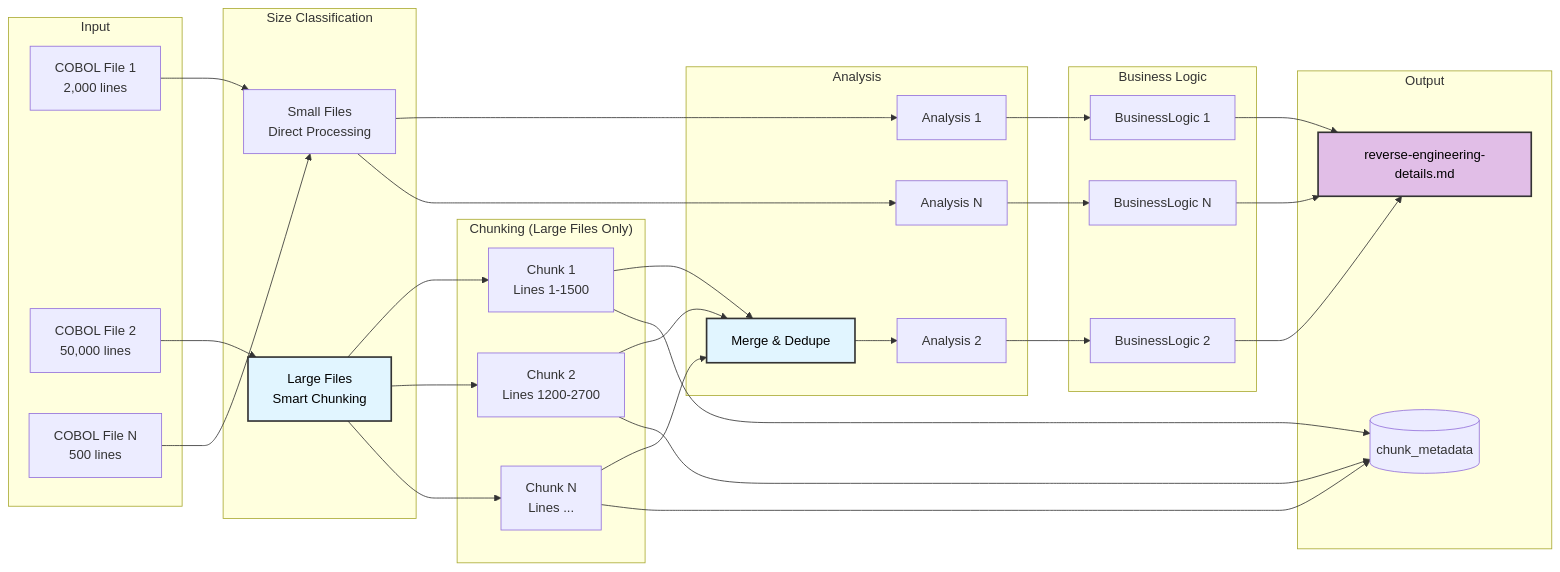
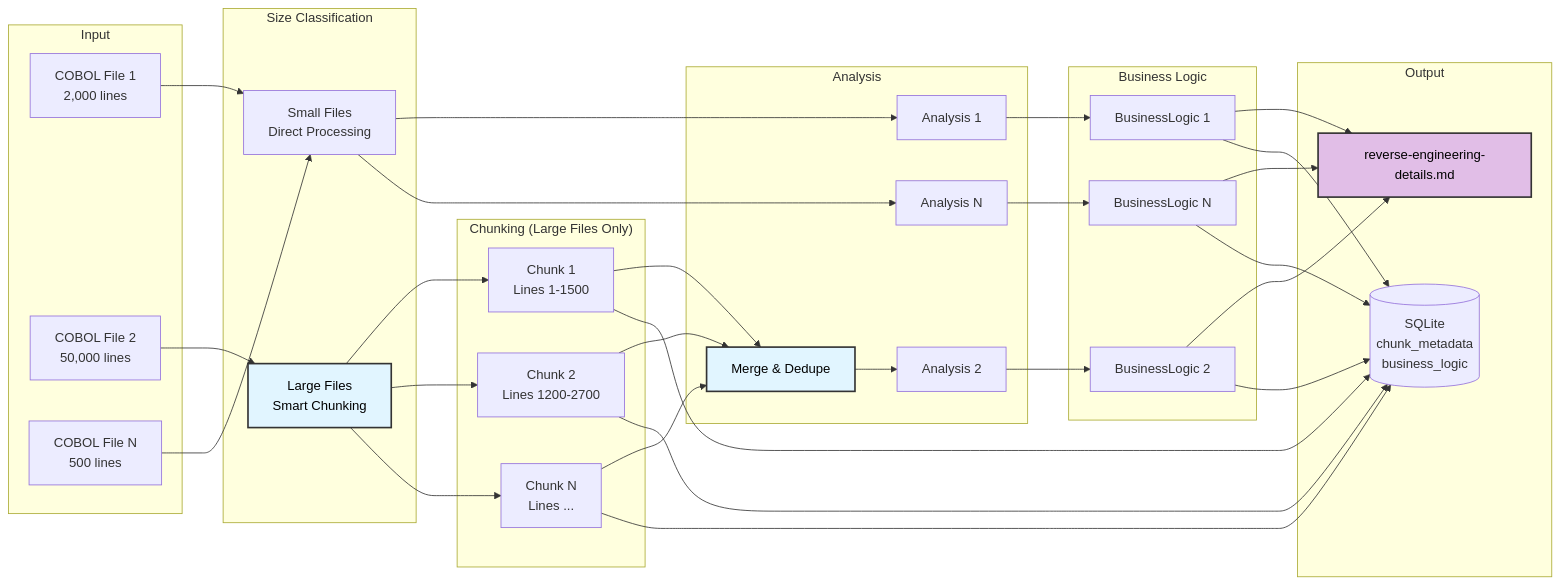
Before and after one commit to Azure-Samples/Legacy-Modernization-Agents: the sixth of 7 diagrams in docs/REVERSE_ENGINEERING_ARCHITECTURE.md, drawn with Mermaid. The commit also changed other lines of this file and 19 other files, not shown here.

First line of the commit message:
feat: Enhance reverse engineering process with dependency mapping and business logic persistence

````diff
--- a/docs/REVERSE_ENGINEERING_ARCHITECTURE.md
+++ b/docs/REVERSE_ENGINEERING_ARCHITECTURE.md
@@ -316,52 +321,53 @@
 ```mermaid
 flowchart LR
     subgraph Input
         F1[COBOL File 1<br/>2,000 lines]
         F2[COBOL File 2<br/>50,000 lines]
         F3[COBOL File N<br/>500 lines]
     end
     
     subgraph "Size Classification"
         Small[Small Files<br/>Direct Processing]
         Large[Large Files<br/>Smart Chunking]
     end
     
     subgraph "Chunking (Large Files Only)"
         C1[Chunk 1<br/>Lines 1-1500]
         C2[Chunk 2<br/>Lines 1200-2700]
         C3[Chunk N<br/>Lines ...]
     end
     
     subgraph "Analysis"
         A1[Analysis 1]
         A2[Analysis 2]
         A3[Analysis N]
         Merge[Merge & Dedupe]
     end
     
     subgraph "Business Logic"
         B1[BusinessLogic 1]
         B2[BusinessLogic 2]
         B3[BusinessLogic N]
     end
     
     subgraph "Output"
         BL[reverse-engineering-details.md]
-        DB[(chunk_metadata)]
+        DB[(SQLite<br/>chunk_metadata<br/>business_logic)]
     end
     
     F1 --> Small --> A1
     F3 --> Small --> A3
     F2 --> Large --> C1 & C2 & C3
     C1 & C2 & C3 --> Merge --> A2
     
     A1 --> B1 --> BL
     A2 --> B2 --> BL
     A3 --> B3 --> BL
     
+    B1 & B2 & B3 --> DB
     C1 & C2 & C3 --> DB
     
     style Large fill:#e1f5ff,stroke:#333,stroke-width:2px,color:#000
     style Merge fill:#e1f5ff,stroke:#333,stroke-width:2px,color:#000
     style BL fill:#e1bee7,stroke:#333,stroke-width:2px,color:#000
 ```
````
